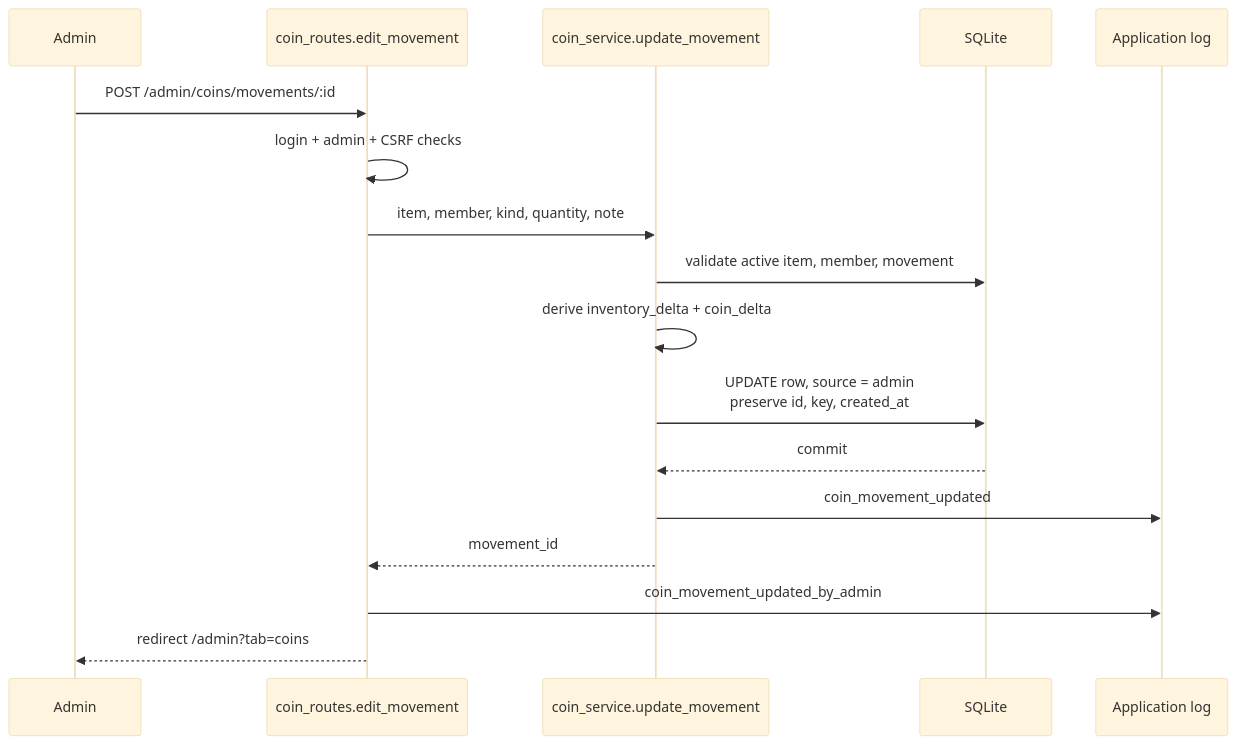
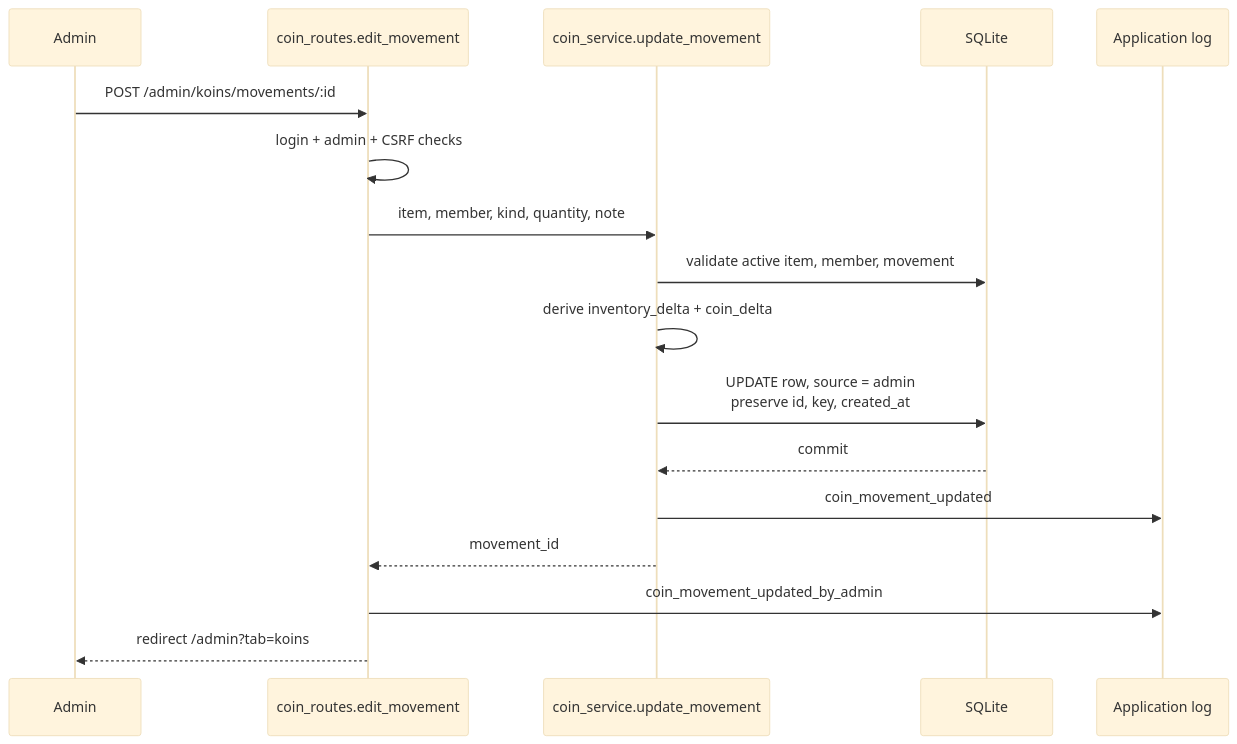
One commit to makespacemadrid/manavote changed the third of 8 diagrams in docs/DIAGRAMS.md. Above: the diagram before and after it, drawn with Mermaid (base theme). The commit also changed other lines of this file and 23 other files, not shown here.

Commit message:
Rename coins feature to koins

````diff
--- a/docs/DIAGRAMS.md
+++ b/docs/DIAGRAMS.md
@@ -95,20 +95,20 @@
 ```mermaid
 sequenceDiagram
     participant Admin
     participant Route as coin_routes.edit_movement
     participant Service as coin_service.update_movement
     participant DB as SQLite
     participant Log as Application log
 
-    Admin->>Route: POST /admin/coins/movements/:id
+    Admin->>Route: POST /admin/koins/movements/:id
     Route->>Route: login + admin + CSRF checks
     Route->>Service: item, member, kind, quantity, note
     Service->>DB: validate active item, member, movement
     Service->>Service: derive inventory_delta + coin_delta
     Service->>DB: UPDATE row, source = admin<br/>preserve id, key, created_at
     DB-->>Service: commit
     Service->>Log: coin_movement_updated
     Service-->>Route: movement_id
     Route->>Log: coin_movement_updated_by_admin
-    Route-->>Admin: redirect /admin?tab=coins
+    Route-->>Admin: redirect /admin?tab=koins
 ```
````
